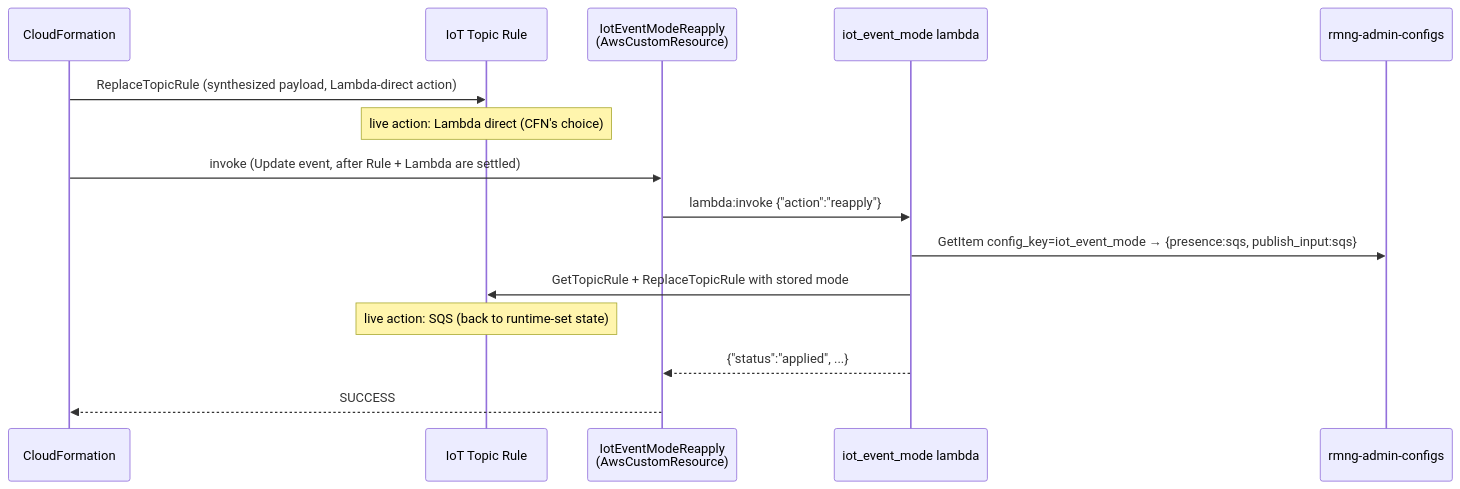
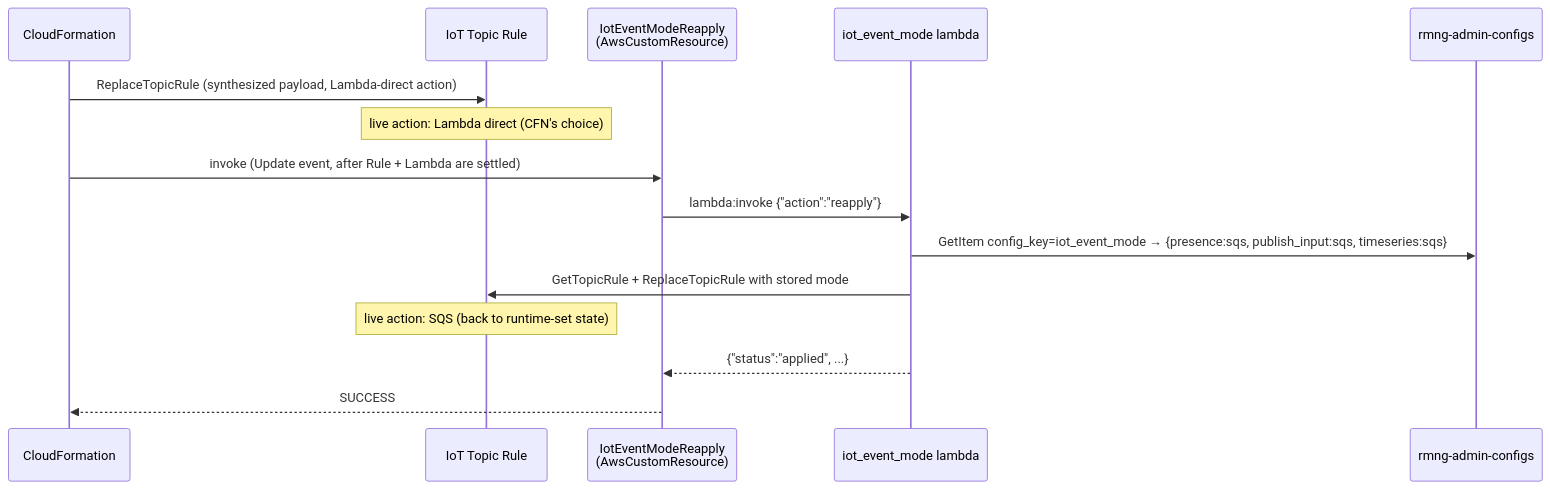
Before and after one commit to espressif/esp-rainmaker-neo: the fourth of 5 diagrams in docs/en/specs/iot_event_mode.md, drawn with Mermaid. The commit also changed other lines of this file and 19 other files, not shown here.

````diff
--- a/docs/en/specs/iot_event_mode.md
+++ b/docs/en/specs/iot_event_mode.md
@@ -249,17 +257,17 @@
 ```mermaid
 sequenceDiagram
     participant CFN as CloudFormation
     participant Rule as IoT Topic Rule
     participant CR as IotEventModeReapply<br/>(AwsCustomResource)
     participant L as iot_event_mode lambda
     participant DDB as rmng-admin-configs
     CFN->>Rule: ReplaceTopicRule (synthesized payload, Lambda-direct action)
     Note over Rule: live action: Lambda direct (CFN's choice)
     CFN->>CR: invoke (Update event, after Rule + Lambda are settled)
     CR->>L: lambda:invoke {"action":"reapply"}
-    L->>DDB: GetItem config_key=iot_event_mode → {presence:sqs, publish_input:sqs}
+    L->>DDB: GetItem config_key=iot_event_mode → {presence:sqs, publish_input:sqs, timeseries:sqs}
     L->>Rule: GetTopicRule + ReplaceTopicRule with stored mode
     Note over Rule: live action: SQS (back to runtime-set state)
     L-->>CR: {"status":"applied", ...}
     CR-->>CFN: SUCCESS
 ```
````
